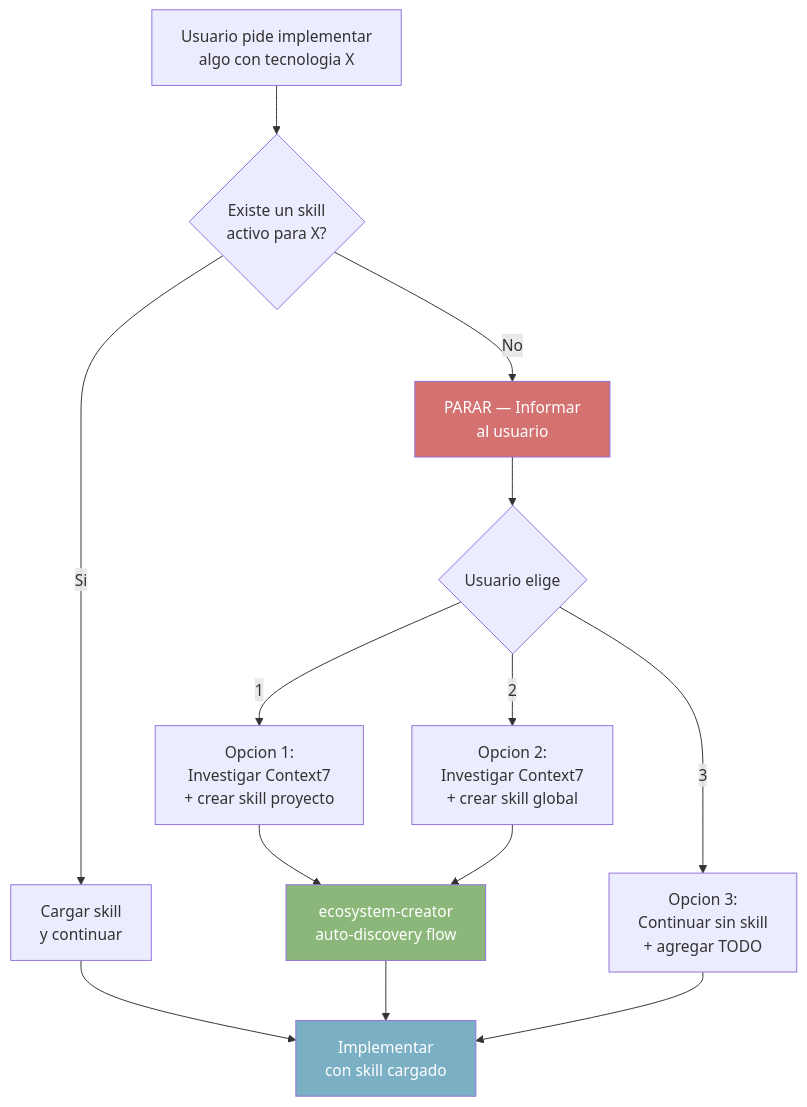
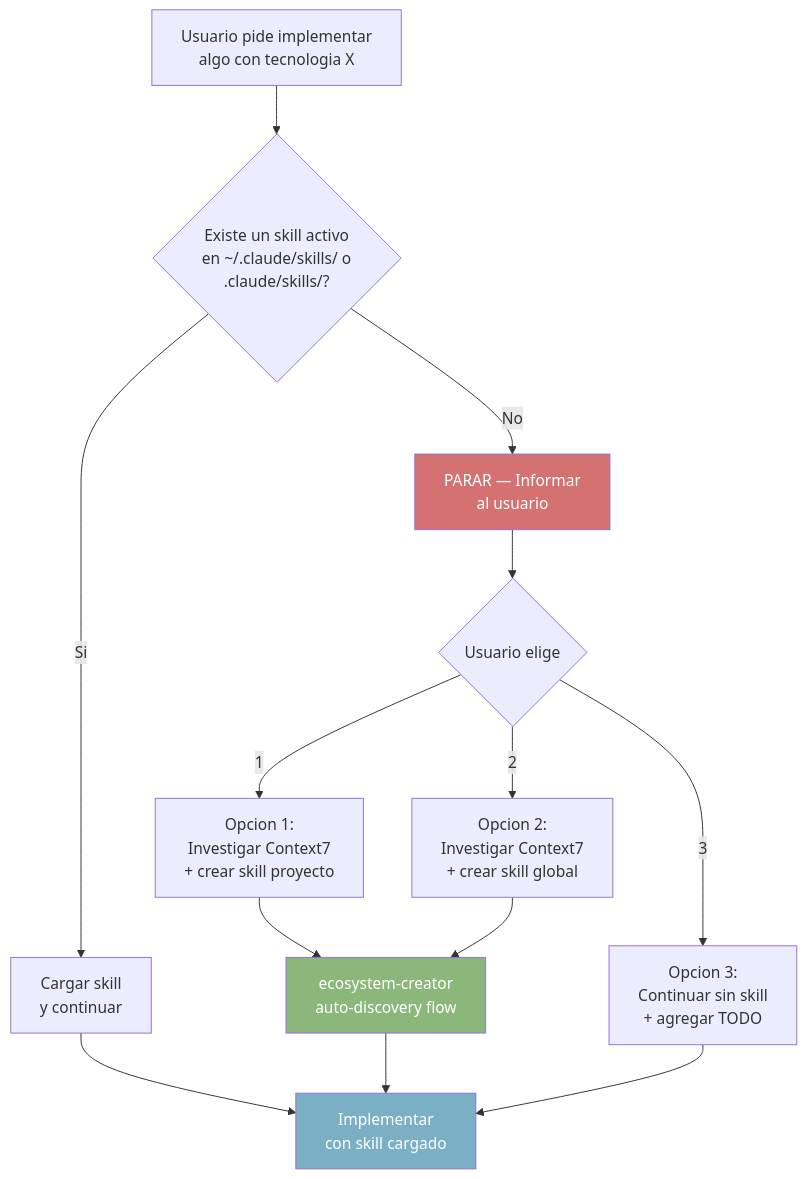
One commit to jota-batuta/batuta-dots changed the ninth of 23 diagrams in docs/architecture/arquitectura-diagrama.md. Above: the diagram before and after it, drawn with Mermaid. The commit also changed other lines of this file and 30 other files, not shown here.

````diff
--- a/docs/architecture/arquitectura-diagrama.md
+++ b/docs/architecture/arquitectura-diagrama.md
@@ -287,30 +287,30 @@
 ```mermaid
 flowchart TD
     START["Usuario pide implementar<br/>algo con tecnologia X"]
-    CHECK{"Existe un skill<br/>activo para X?"}
+    CHECK{"Existe un skill activo<br/>en ~/.claude/skills/ o<br/>.claude/skills/?"}
     LOAD["Cargar skill<br/>y continuar"]
     STOP["PARAR — Informar<br/>al usuario"]
     OPTIONS{"Usuario elige"}
     OPT1["Opcion 1:<br/>Investigar Context7<br/>+ crear skill proyecto"]
     OPT2["Opcion 2:<br/>Investigar Context7<br/>+ crear skill global"]
     OPT3["Opcion 3:<br/>Continuar sin skill<br/>+ agregar TODO"]
     CREATE["ecosystem-creator<br/>auto-discovery flow"]
     CONTINUE["Implementar<br/>con skill cargado"]
 
     START --> CHECK
     CHECK -->|"Si"| LOAD
     CHECK -->|"No"| STOP
     LOAD --> CONTINUE
     STOP --> OPTIONS
     OPTIONS -->|"1"| OPT1
     OPTIONS -->|"2"| OPT2
     OPTIONS -->|"3"| OPT3
     OPT1 --> CREATE
     OPT2 --> CREATE
     CREATE --> CONTINUE
     OPT3 --> CONTINUE
 
     style STOP fill:#D47272,color:#fff
     style CREATE fill:#8BB87A,color:#fff
     style CONTINUE fill:#7AAFC4,color:#fff
 ```
````
